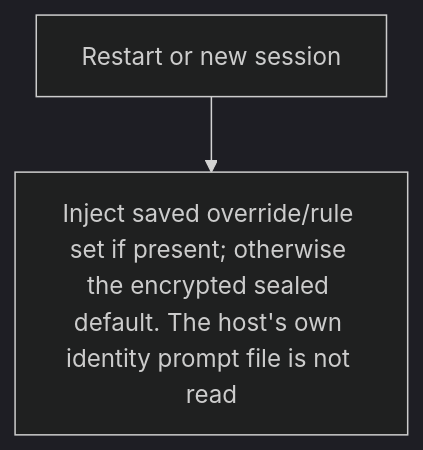
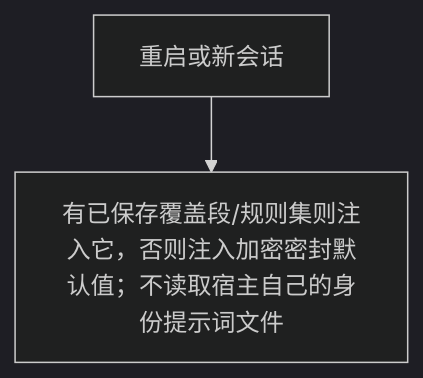
One commit to qiuqianyi66/dsh-purge changed the second of 3 diagrams in README.md. Above: the diagram before and after it, drawn with Mermaid (dark theme). The commit also changed other lines of this file and 8 other files, not shown here.

````diff
--- a/README.md
+++ b/README.md
@@ -515,4 +415,4 @@
 ```mermaid
 flowchart TD
-  A["Restart or new session"] --> B["Inject saved override/rule set if present; otherwise the encrypted sealed default. The host's own identity prompt file is not read"]
+  A["重启或新会话"] --> B["有已保存覆盖段/规则集则注入它，否则注入加密密封默认值；不读取宿主自己的身份提示词文件"]
 ```
````
